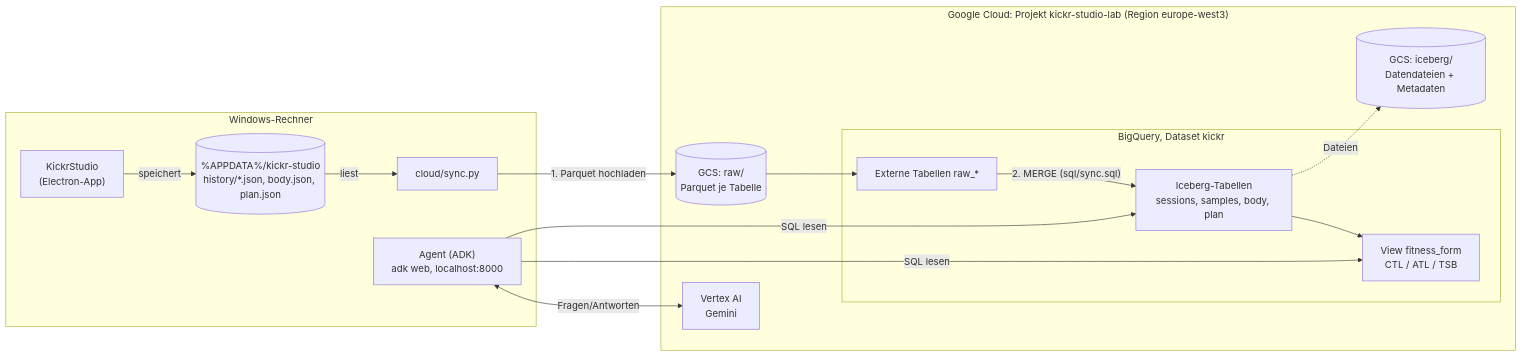
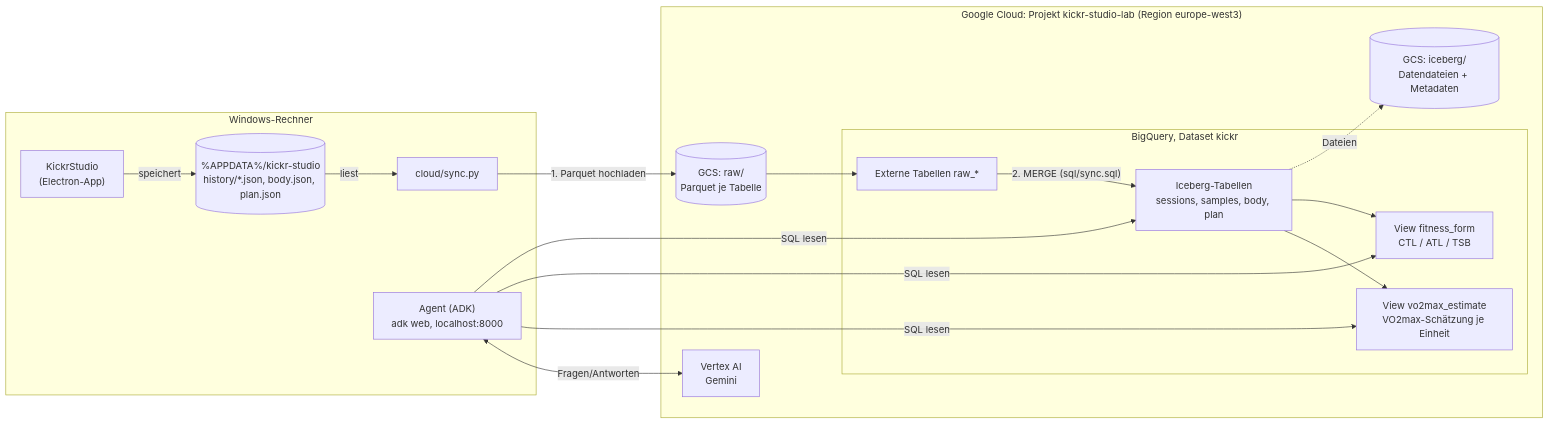
One commit to Kampiiii/KickrStudio changed the second of 9 diagrams in docs/cloud-architecture.md. Above: the diagram before and after it, drawn with Mermaid. The commit also changed other lines of this file and 4 other files, not shown here.

First line of the commit message:
Coach: VO2max-Schätzung als Trend (View vo2max_estimate)

````diff
--- a/docs/cloud-architecture.md
+++ b/docs/cloud-architecture.md
@@ -60,31 +60,34 @@
 ```mermaid
 flowchart LR
   subgraph PC["Windows-Rechner"]
     APP["KickrStudio<br/>(Electron-App)"]
     JSON[("%APPDATA%/kickr-studio<br/>history/*.json, body.json, plan.json")]
     SYNC["cloud/sync.py"]
     ADK["Agent (ADK)<br/>adk web, localhost:8000"]
     APP -->|speichert| JSON
     JSON -->|liest| SYNC
   end
 
   subgraph GCP["Google Cloud: Projekt kickr-studio-lab (Region europe-west3)"]
     RAW[("GCS: raw/<br/>Parquet je Tabelle")]
     ICE[("GCS: iceberg/<br/>Datendateien + Metadaten")]
     subgraph BQ["BigQuery, Dataset kickr"]
       EXT["Externe Tabellen raw_*"]
       TAB["Iceberg-Tabellen<br/>sessions, samples, body, plan"]
       VIEW["View fitness_form<br/>CTL / ATL / TSB"]
+      VIEW2["View vo2max_estimate<br/>VO2max-Schätzung je Einheit"]
     end
     VTX["Vertex AI<br/>Gemini"]
   end
 
   SYNC -->|"1. Parquet hochladen"| RAW
   RAW --> EXT
   EXT -->|"2. MERGE (sql/sync.sql)"| TAB
   TAB -.->|Dateien| ICE
   TAB --> VIEW
+  TAB --> VIEW2
   ADK -->|"SQL lesen"| TAB
   ADK -->|"SQL lesen"| VIEW
+  ADK -->|"SQL lesen"| VIEW2
   ADK <-->|Fragen/Antworten| VTX
 ```
````
